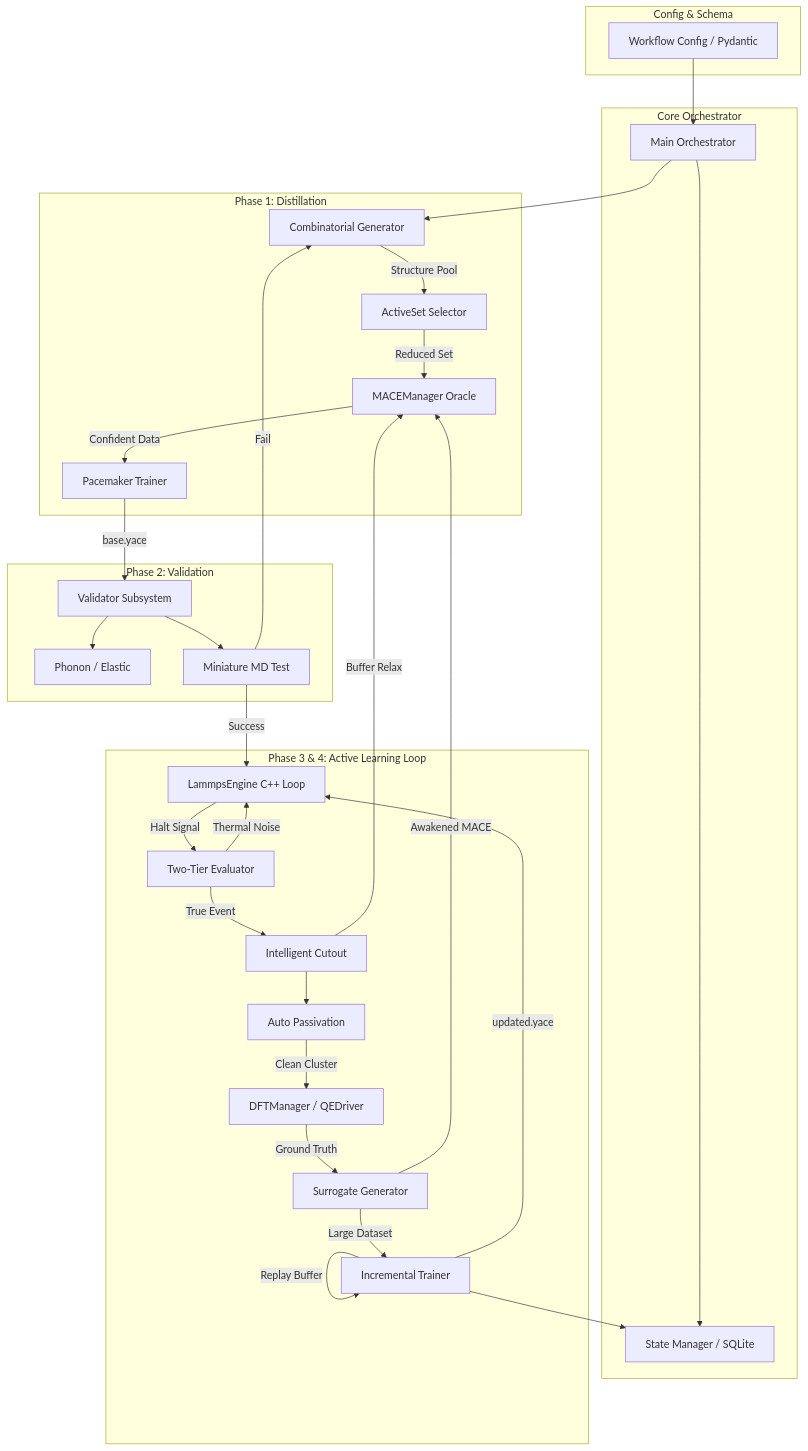
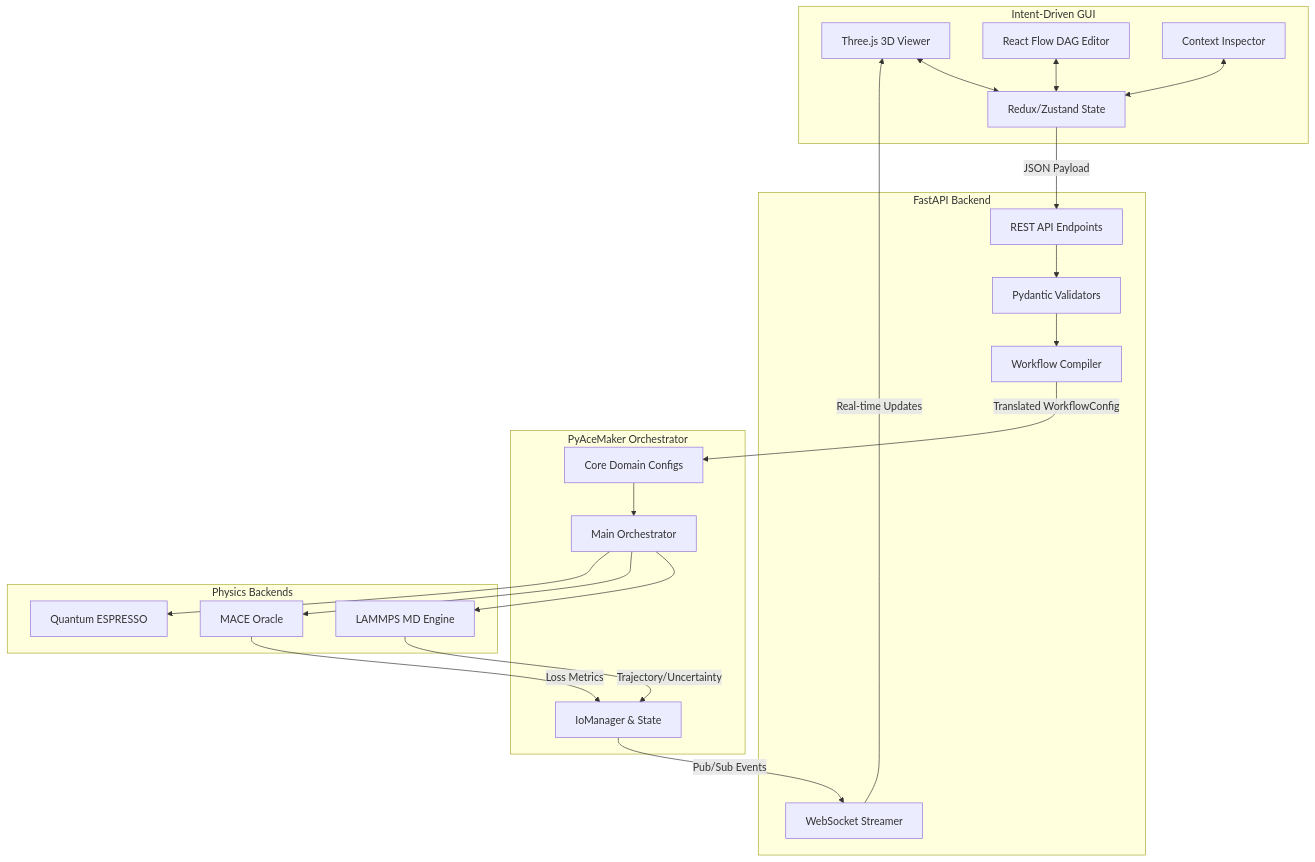
One commit to tsuyama1990/adaptive-mlip changed the diagram in README.md. Above: the diagram before and after it, drawn with Mermaid. The commit also changed other lines of this file and 15 other files, not shown here.

Commit message:
Generate comprehensive architectural documents and update pyproject.toml

````diff
--- a/README.md
+++ b/README.md
@@ -23,66 +25,53 @@
 ```mermaid
 graph TD
-    %% Subsystems
-    subgraph Config & Schema
-        CFG[Workflow Config / Pydantic]
+    %% Frontend Components
+    subgraph Frontend [Intent-Driven GUI]
+        UI_3D[Three.js 3D Viewer]
+        UI_DAG[React Flow DAG Editor]
+        UI_INSP[Context Inspector]
+        UI_STATE[Redux/Zustand State]
     end
 
-    subgraph Core Orchestrator
-        ORCH[Main Orchestrator]
-        STATE[State Manager / SQLite]
+    %% API Gateway Layer
+    subgraph Gateway [FastAPI Backend]
+        API_REST[REST API Endpoints]
+        API_WS[WebSocket Streamer]
+        API_VAL[Pydantic Validators]
+        API_COMP[Workflow Compiler]
     end
 
-    subgraph Phase 1: Distillation
-        P1_GEN[Combinatorial Generator]
-        P1_DIR[ActiveSet Selector]
-        P1_ORACLE[MACEManager Oracle]
-        P1_TRAIN[Pacemaker Trainer]
+    %% PyAceMaker Core (Existing & Additive)
+    subgraph CoreEngine [PyAceMaker Orchestrator]
+        CORE_ORCH[Main Orchestrator]
+        CORE_CFG[Core Domain Configs]
+        CORE_IO[IoManager & State]
     end
 
-    subgraph Phase 2: Validation
-        P2_VAL[Validator Subsystem]
-        P2_PHONON[Phonon / Elastic]
-        P2_MINIMD[Miniature MD Test]
+    %% Computational Backends
+    subgraph Physics Backends
+        BACK_LAMMPS[LAMMPS MD Engine]
+        BACK_MACE[MACE Oracle]
+        BACK_DFT[Quantum ESPRESSO]
     end
 
-    subgraph Phase 3 & 4: Active Learning Loop
-        LAMMPS[LammpsEngine C++ Loop]
-        EVAL[Two-Tier Evaluator]
-        CUTOUT[Intelligent Cutout]
-        PASSIVATE[Auto Passivation]
-        DFT[DFTManager / QEDriver]
-        SURR[Surrogate Generator]
-        DELTA[Incremental Trainer]
-    end
+    %% Data Flow
+    UI_3D <--> UI_STATE
+    UI_DAG <--> UI_STATE
+    UI_INSP <--> UI_STATE
 
-    %% Flow Phase 1
-    CFG --> ORCH
-    ORCH --> P1_GEN
-    P1_GEN -- Structure Pool --> P1_DIR
-    P1_DIR -- Reduced Set --> P1_ORACLE
-    P1_ORACLE -- Confident Data --> P1_TRAIN
-    P1_TRAIN -- base.yace --> P2_VAL
+    UI_STATE -- JSON Payload --> API_REST
+    API_REST --> API_VAL
+    API_VAL --> API_COMP
+    API_COMP -- Translated WorkflowConfig --> CORE_CFG
 
-    %% Flow Phase 2
-    P2_VAL --> P2_PHONON
-    P2_VAL --> P2_MINIMD
-    P2_MINIMD -- Success --> LAMMPS
-    P2_MINIMD -- Fail --> P1_GEN
+    CORE_CFG --> CORE_ORCH
+    CORE_ORCH --> BACK_LAMMPS
+    CORE_ORCH --> BACK_MACE
+    CORE_ORCH --> BACK_DFT
 
-    %% Flow Phase 3 & 4
-    LAMMPS -- Halt Signal --> EVAL
-    EVAL -- Thermal Noise --> LAMMPS
-    EVAL -- True Event --> CUTOUT
-    CUTOUT -- Buffer Relax --> P1_ORACLE
-    CUTOUT --> PASSIVATE
-    PASSIVATE -- Clean Cluster --> DFT
-    DFT -- Ground Truth --> SURR
-    SURR -- Awakened MACE --> P1_ORACLE
-    SURR -- Large Dataset --> DELTA
-    DELTA -- Replay Buffer --> DELTA
-    DELTA -- updated.yace --> LAMMPS
+    BACK_LAMMPS -- Trajectory/Uncertainty --> CORE_IO
+    BACK_MACE -- Loss Metrics --> CORE_IO
 
-    %% Storage
-    ORCH --> STATE
-    DELTA --> STATE
+    CORE_IO -- Pub/Sub Events --> API_WS
+    API_WS -- Real-time Updates --> UI_3D
 ```
````
